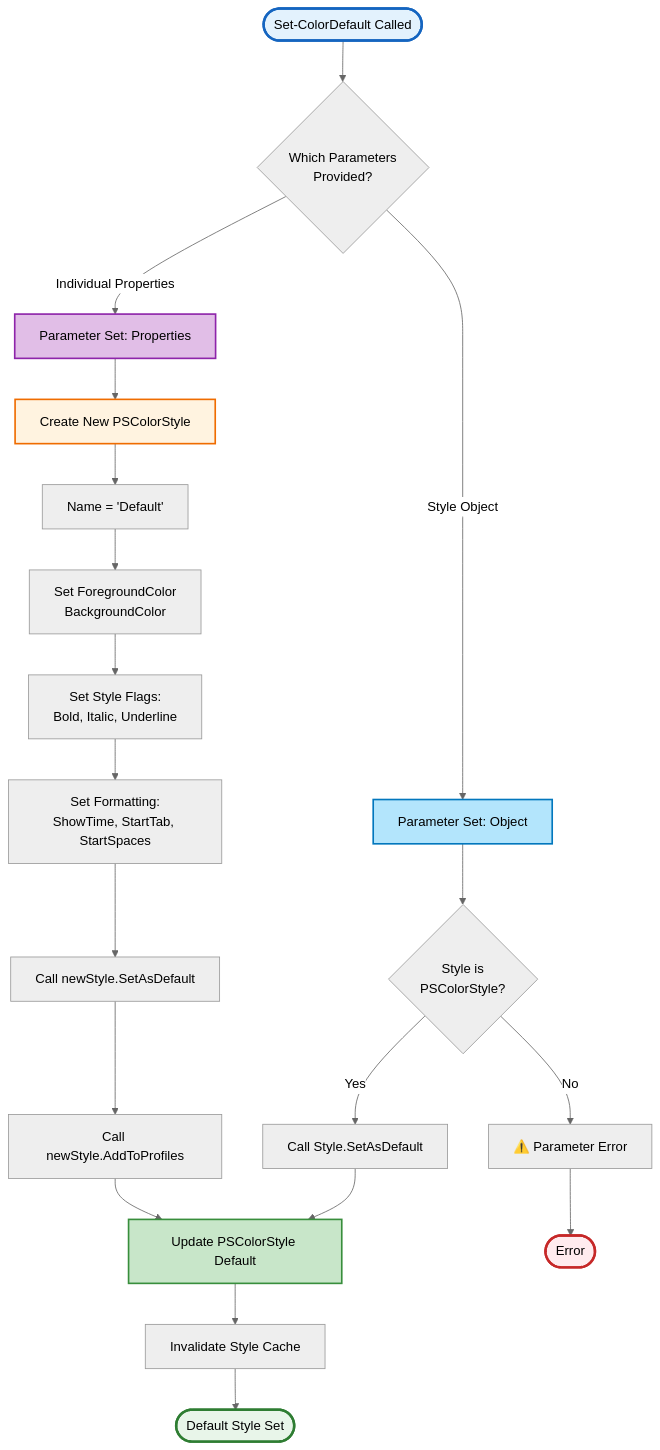
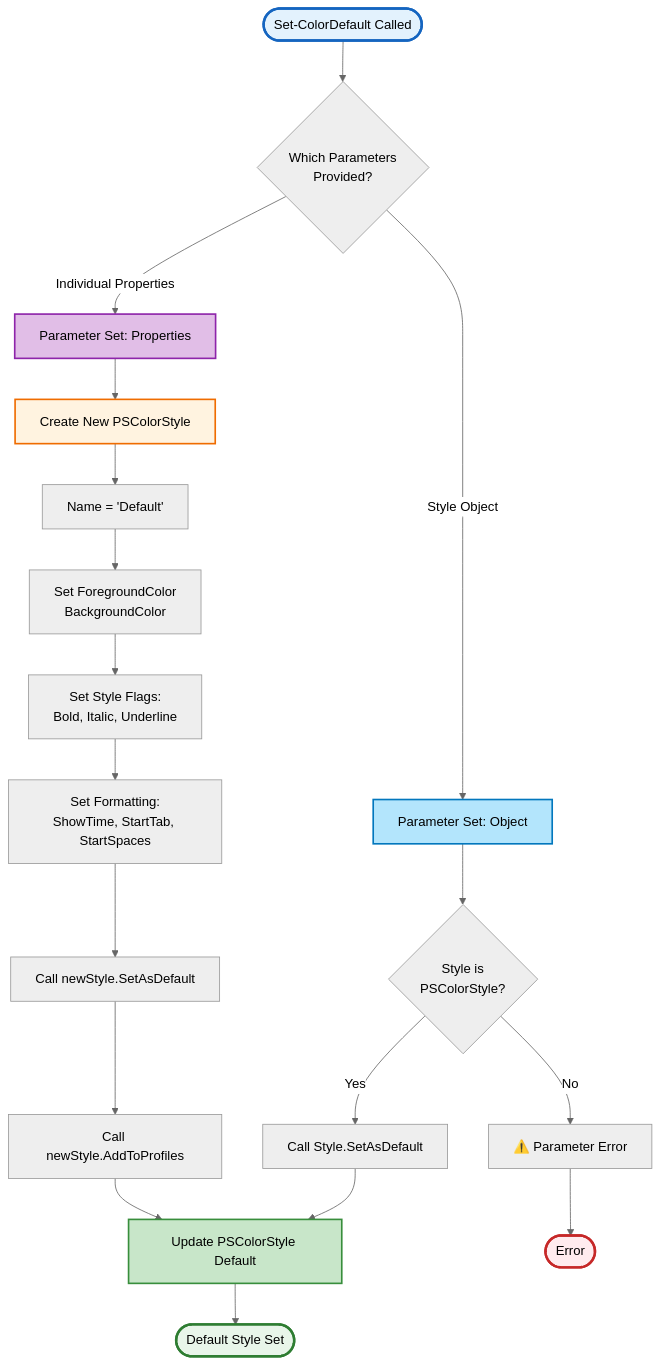
Before and after one commit to MarkusMcNugen/PSWriteColorEX: the first of 7 diagrams in Docs/Public/Set-ColorDefault.md, drawn with Mermaid (neutral theme). The commit also changed other lines of this file and 10 other files, not shown here.

````diff
--- a/Docs/Public/Set-ColorDefault.md
+++ b/Docs/Public/Set-ColorDefault.md
@@ -278,34 +278,33 @@
 ```mermaid
 graph TD
     Start([Set-ColorDefault Called]) --> CheckParams{Which Parameters<br/>Provided?}
 
     CheckParams -->|Style Object| ObjectSet[Parameter Set: Object]
     CheckParams -->|Individual Properties| PropertiesSet[Parameter Set: Properties]
 
     ObjectSet --> ValidateStyle{Style is<br/>PSColorStyle?}
     ValidateStyle -->|Yes| CallSetAsDefault[Call Style.SetAsDefault]
     ValidateStyle -->|No| Error1[⚠️ Parameter Error]
 
     PropertiesSet --> CreateStyle[Create New PSColorStyle]
     CreateStyle --> SetName[Name = 'Default']
     SetName --> SetColors[Set ForegroundColor<br/>BackgroundColor]
     SetColors --> SetStyles[Set Style Flags:<br/>Bold, Italic, Underline]
     SetStyles --> SetFormatting[Set Formatting:<br/>ShowTime, StartTab, StartSpaces]
     SetFormatting --> CallSetDefault[Call newStyle.SetAsDefault]
     CallSetDefault --> AddProfiles[Call newStyle.AddToProfiles]
 
     CallSetAsDefault --> UpdateGlobal[Update PSColorStyle Default]
     AddProfiles --> UpdateGlobal
-    UpdateGlobal --> InvalidateCache[Invalidate Style Cache]
-    InvalidateCache --> Success([Default Style Set])
+    UpdateGlobal --> Success([Default Style Set])
 
     Error1 --> Fail([Error])
 
     style Start fill:#e3f2fd,stroke:#1565c0,stroke-width:3px,color:#000
     style Success fill:#e8f5e9,stroke:#2e7d32,stroke-width:3px,color:#000
     style Fail fill:#ffebee,stroke:#c62828,stroke-width:3px,color:#000
     style ObjectSet fill:#b3e5fc,stroke:#0277bd,stroke-width:2px,color:#000
     style PropertiesSet fill:#e1bee7,stroke:#8e24aa,stroke-width:2px,color:#000
     style CreateStyle fill:#fff3e0,stroke:#ef6c00,stroke-width:2px,color:#000
     style UpdateGlobal fill:#c8e6c9,stroke:#388e3c,stroke-width:2px,color:#000
 ```
````
